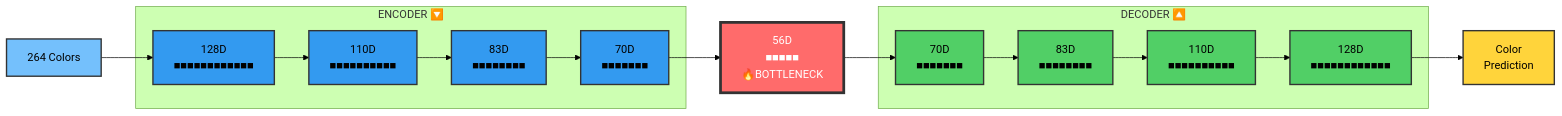
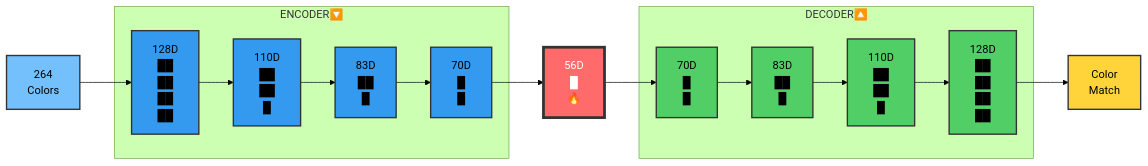
Before and after one commit to JohnRodney/Diffy: the diagram in README.md, drawn with Mermaid (forest theme).

````diff
--- a/README.md
+++ b/README.md
@@ -18,42 +18,42 @@
 ```mermaid
 graph LR
-    A["264 Colors"] --> B["128D<br/>■■■■■■■■■■■■"]
+    A["264<br/>Colors"] --> B["128D<br/>██<br/>██<br/>██<br/>██"]
 
-    B --> C["110D<br/>■■■■■■■■■■"]
-    C --> D["83D<br/>■■■■■■■■"]
-    D --> E["70D<br/>■■■■■■■"]
-    E --> F["56D<br/>■■■■■<br/>🔥BOTTLENECK"]
+    B --> C["110D<br/>██<br/>██<br/>█"]
+    C --> D["83D<br/>██<br/>█"]
+    D --> E["70D<br/>█<br/>█"]
+    E --> F["56D<br/>█<br/>🔥"]
 
-    F --> G["70D<br/>■■■■■■■"]
-    G --> H["83D<br/>■■■■■■■■"]
-    H --> I["110D<br/>■■■■■■■■■■"]
-    I --> J["128D<br/>■■■■■■■■■■■■"]
+    F --> G["70D<br/>█<br/>█"]
+    G --> H["83D<br/>██<br/>█"]
+    H --> I["110D<br/>██<br/>██<br/>█"]
+    I --> J["128D<br/>██<br/>██<br/>██<br/>██"]
 
-    J --> K["Color<br/>Prediction"]
+    J --> K["Color<br/>Match"]
 
-    subgraph "ENCODER 🔽"
+    subgraph "ENCODER🔽"
         B
         C
         D
         E
     end
 
-    subgraph "DECODER 🔼"
+    subgraph "DECODER🔼"
         G
         H
         I
         J
     end
 
     style A fill:#74c0fc,stroke:#333,stroke-width:2px
     style B fill:#339af0,stroke:#333,stroke-width:2px
     style C fill:#339af0,stroke:#333,stroke-width:2px
     style D fill:#339af0,stroke:#333,stroke-width:2px
     style E fill:#339af0,stroke:#333,stroke-width:2px
     style F fill:#ff6b6b,stroke:#333,stroke-width:4px,color:#fff
     style G fill:#51cf66,stroke:#333,stroke-width:2px
     style H fill:#51cf66,stroke:#333,stroke-width:2px
     style I fill:#51cf66,stroke:#333,stroke-width:2px
     style J fill:#51cf66,stroke:#333,stroke-width:2px
     style K fill:#ffd43b,stroke:#333,stroke-width:2px
 ```
````
